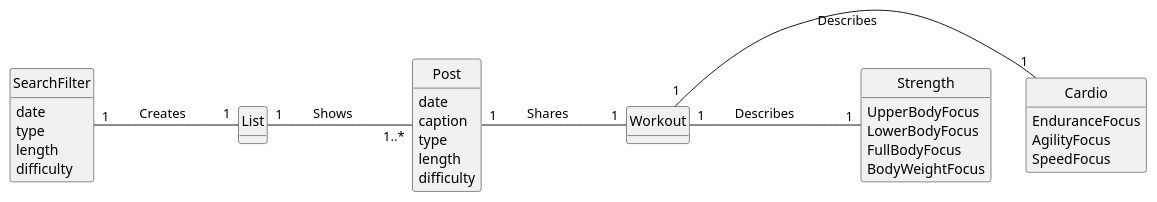
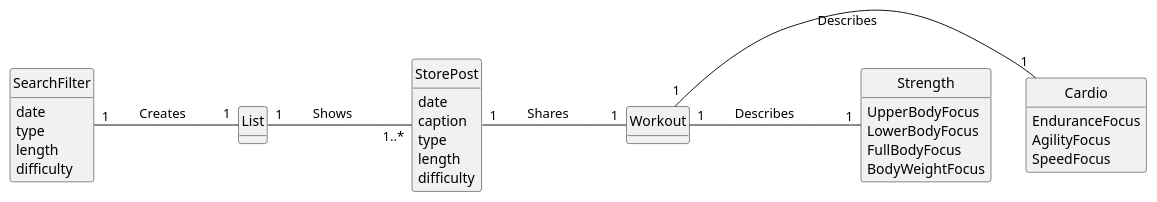
The first of 3 diagrams in doc/design.md (arun-guruswamy/workout-networking), drawn with PlantUML before and after one commit. The commit also changed other lines of this file and 7 other files, not shown here.

Commit message:
More feedback changes and sequence diagram

````diff
--- a/doc/design.md
+++ b/doc/design.md
@@ -1,43 +3,43 @@
 ```plantuml
 @startuml
 hide circle
 hide empty methods
 ' classes
-class Post{
+class StorePost{
 date
 caption
 type
 length
 difficulty
 }
 class List{
 }
 
 class Cardio{
    EnduranceFocus
    AgilityFocus
    SpeedFocus
 }
 
 class Strength{
    UpperBodyFocus
    LowerBodyFocus
    FullBodyFocus
    BodyWeightFocus
 }
 
 class SearchFilter{
 date
 type
 length
 difficulty
 }
 
 ' associations
-Post "1" - "1" Workout : \tShares\t\t
+StorePost "1" - "1" Workout : \tShares\t\t
 Workout "1" - "1" Cardio : \tDescribes\t\t
 Workout "1" - "1" Strength : \tDescribes\t\t
-List "1" - "1..*" Post : \tShows\t\t
+List "1" - "1..*" StorePost : \tShows\t\t
 SearchFilter "1" - "1" List : \tCreates\t\t
 @enduml
 ```
````
